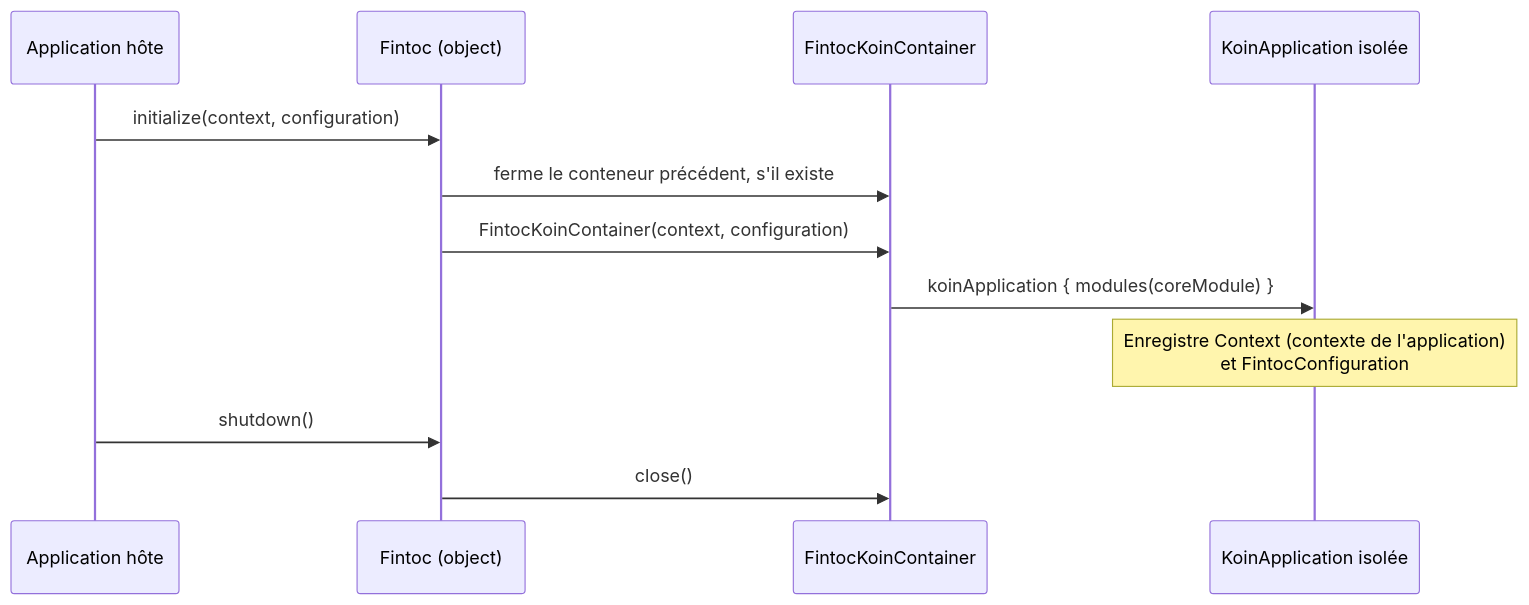
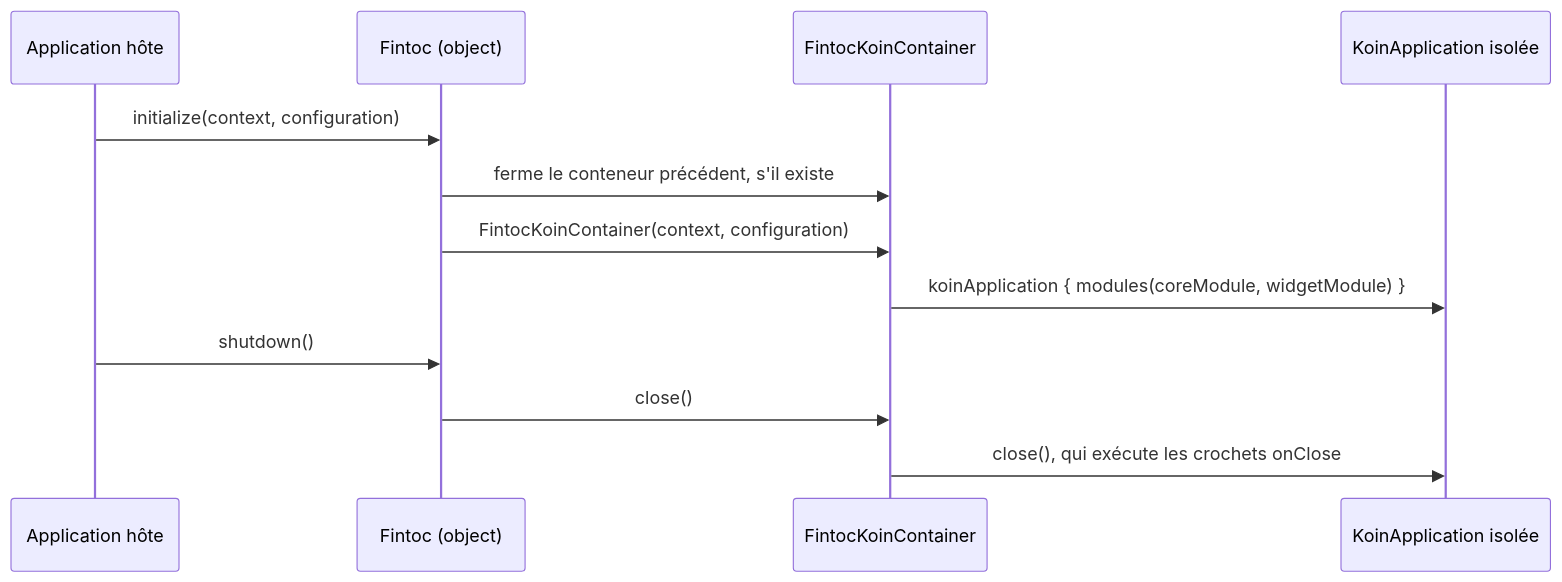
One commit to DEV1-Softworks/fintoc-android changed the seventh of 7 diagrams in docs/fr/architecture.md. Above: the diagram before and after it, drawn with Mermaid. The commit also changed other lines of this file and 3 other files, not shown here.

First line of the commit message:
docs: describe what the Koin container owns

````diff
--- a/docs/fr/architecture.md
+++ b/docs/fr/architecture.md
@@ -282,15 +282,15 @@
 ```mermaid
 sequenceDiagram
     participant Host as Application hôte
     participant Fintoc as Fintoc (object)
     participant Container as FintocKoinContainer
     participant Koin as KoinApplication isolée
 
     Host->>Fintoc: initialize(context, configuration)
     Fintoc->>Container: ferme le conteneur précédent, s'il existe
     Fintoc->>Container: FintocKoinContainer(context, configuration)
-    Container->>Koin: koinApplication { modules(coreModule) }
-    Note over Koin: Enregistre Context (contexte de l'application)<br/>et FintocConfiguration
+    Container->>Koin: koinApplication { modules(coreModule, widgetModule) }
     Host->>Fintoc: shutdown()
     Fintoc->>Container: close()
+    Container->>Koin: close(), qui exécute les crochets onClose
 ```
````
